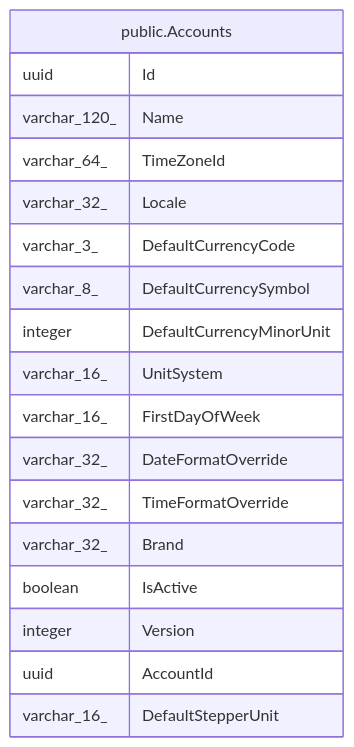
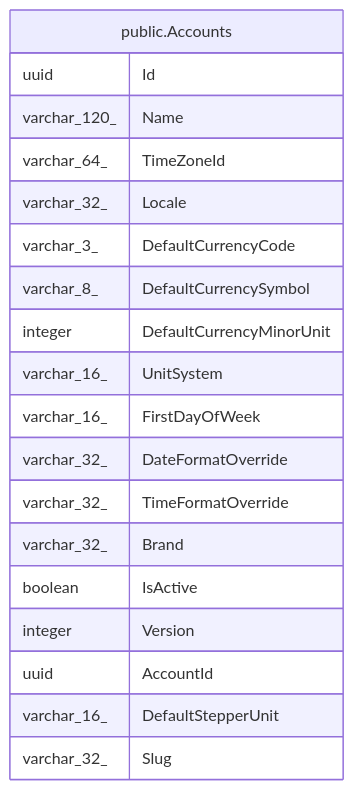
The diagram in docs/schema/public.Accounts.md (mforce/cluckwork), drawn with Mermaid before and after one commit. The commit also changed other lines of this file and 24 other files, not shown here.

````diff
--- a/docs/schema/public.Accounts.md
+++ b/docs/schema/public.Accounts.md
@@ -56,23 +59,24 @@
 ```mermaid
 erDiagram
 
 
 "public.Accounts" {
   uuid Id
   varchar_120_ Name
   varchar_64_ TimeZoneId
   varchar_32_ Locale
   varchar_3_ DefaultCurrencyCode
   varchar_8_ DefaultCurrencySymbol
   integer DefaultCurrencyMinorUnit
   varchar_16_ UnitSystem
   varchar_16_ FirstDayOfWeek
   varchar_32_ DateFormatOverride
   varchar_32_ TimeFormatOverride
   varchar_32_ Brand
   boolean IsActive
   integer Version
   uuid AccountId
   varchar_16_ DefaultStepperUnit
+  varchar_32_ Slug
 }
 ```
````
